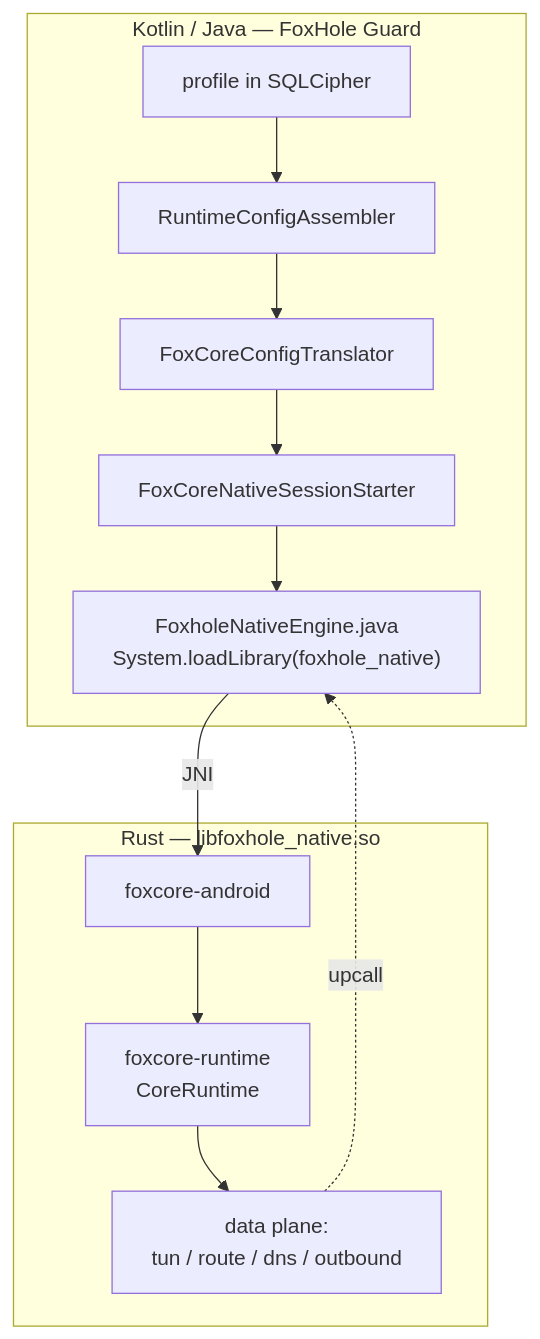
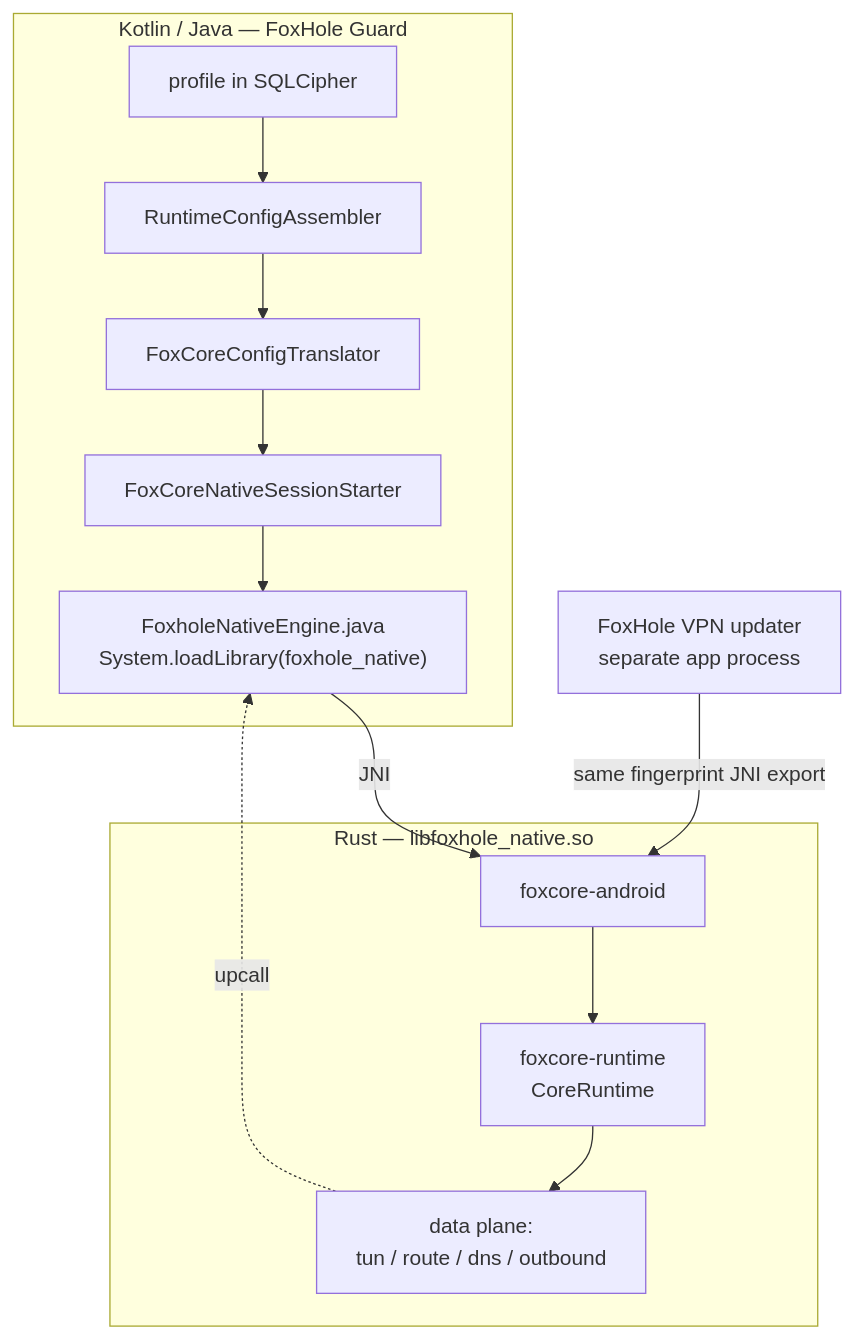
One commit to foxhole-team/foxhole-core changed the first of 9 diagrams in docs/architecture/04-app-core-boundary.md. Above: the diagram before and after it, drawn with Mermaid. The commit also changed other lines of this file and 1788 other files, not shown here.

Commit message:
Release FoxHole Core 1.0.0

````diff
--- a/docs/architecture/04-app-core-boundary.md
+++ b/docs/architecture/04-app-core-boundary.md
@@ -9,15 +18,16 @@
 ```mermaid
 flowchart TD
     subgraph kt["Kotlin / Java — FoxHole Guard"]
         P["profile in SQLCipher"] --> A["RuntimeConfigAssembler"]
         A --> T["FoxCoreConfigTranslator"]
         T --> S["FoxCoreNativeSessionStarter"]
         S --> J["FoxholeNativeEngine.java<br/>System.loadLibrary(foxhole_native)"]
     end
     subgraph rs["Rust — libfoxhole_native.so"]
         J -->|JNI| AN["foxcore-android"]
         AN --> RU["foxcore-runtime<br/>CoreRuntime"]
         RU --> DP["data plane:<br/>tun / route / dns / outbound"]
     end
     DP -.->|upcall| J
+    VPN["FoxHole VPN updater<br/>separate app process"] -->|"same fingerprint JNI export"| AN
 ```
````
